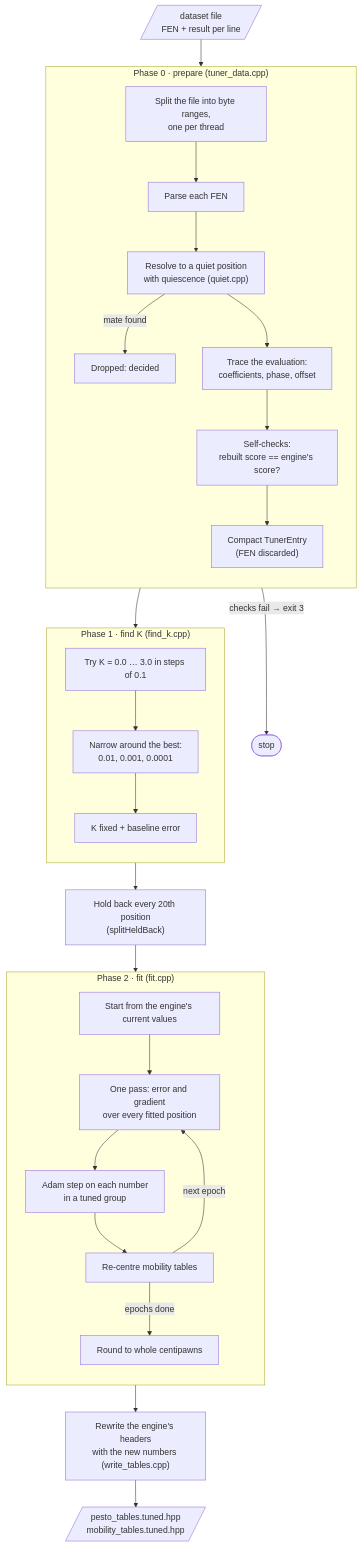
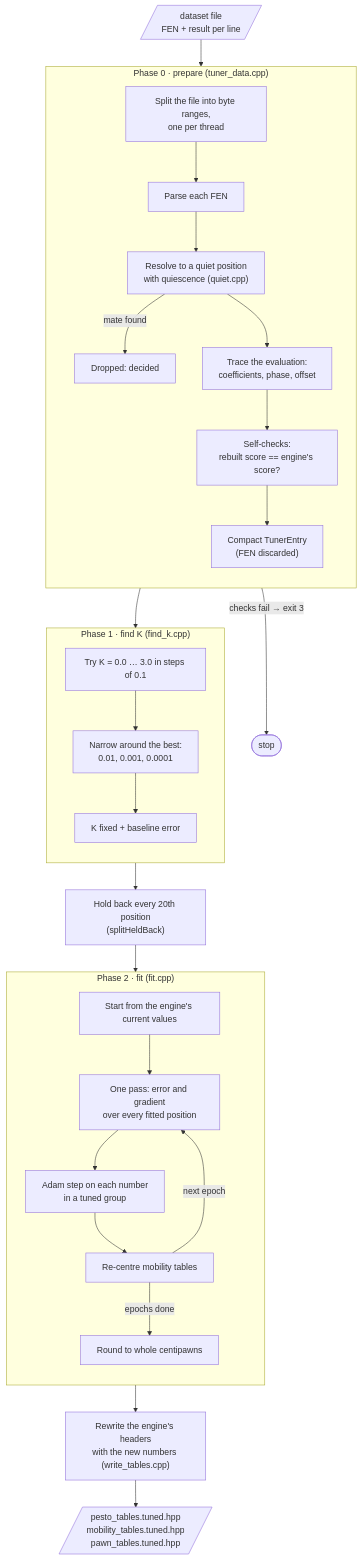
Before and after one commit to looak/elephant: the third of 6 diagrams in tuner/README.md, drawn with Mermaid. The commit also changed other lines of this file and 1 other file, not shown here.

First line of the commit message:
Tuner README covers the pawn groups and pawn_tables.hpp, options.cmake says assertions default on

````diff
--- a/tuner/README.md
+++ b/tuner/README.md
@@ -85,38 +85,38 @@
 ```mermaid
 flowchart TD
     A[/"dataset file<br/>FEN + result per line"/] --> P0
 
     subgraph P0["Phase 0 · prepare (tuner_data.cpp)"]
         direction TB
         P0a["Split the file into byte ranges,<br/>one per thread"] --> P0b["Parse each FEN"]
         P0b --> P0c["Resolve to a quiet position<br/>with quiescence (quiet.cpp)"]
         P0c -->|mate found| P0x["Dropped: decided"]
         P0c --> P0d["Trace the evaluation:<br/>coefficients, phase, offset"]
         P0d --> P0e["Self-checks:<br/>rebuilt score == engine's score?"]
         P0e --> P0f["Compact TunerEntry<br/>(FEN discarded)"]
     end
 
     P0 -->|"checks fail → exit 3"| X3(["stop"])
     P0 --> P1
 
     subgraph P1["Phase 1 · find K (find_k.cpp)"]
         direction TB
         P1a["Try K = 0.0 … 3.0 in steps of 0.1"] --> P1b["Narrow around the best:<br/>0.01, 0.001, 0.0001"]
         P1b --> P1c["K fixed + baseline error"]
     end
 
     P1 --> SPLIT["Hold back every 20th position<br/>(splitHeldBack)"]
     SPLIT --> P2
 
     subgraph P2["Phase 2 · fit (fit.cpp)"]
         direction TB
         P2a["Start from the engine's current values"] --> P2b["One pass: error and gradient<br/>over every fitted position"]
         P2b --> P2c["Adam step on each number<br/>in a tuned group"]
         P2c --> P2d["Re-centre mobility tables"]
         P2d -->|"next epoch"| P2b
         P2d -->|"epochs done"| P2e["Round to whole centipawns"]
     end
 
     P2 --> W["Rewrite the engine's headers<br/>with the new numbers (write_tables.cpp)"]
-    W --> O[/"pesto_tables.tuned.hpp<br/>mobility_tables.tuned.hpp"/]
+    W --> O[/"pesto_tables.tuned.hpp<br/>mobility_tables.tuned.hpp<br/>pawn_tables.tuned.hpp"/]
 ```
````
